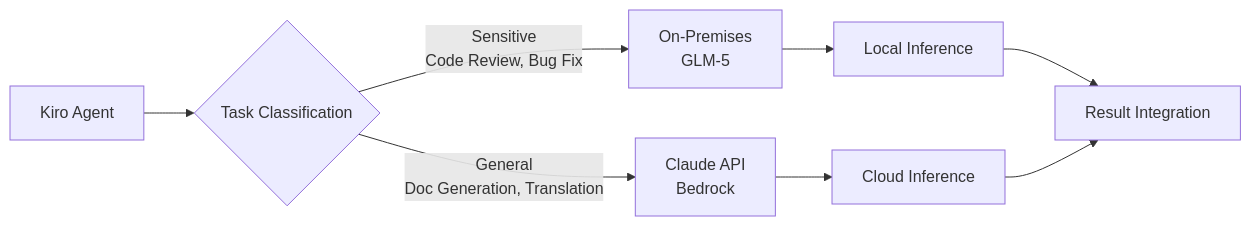
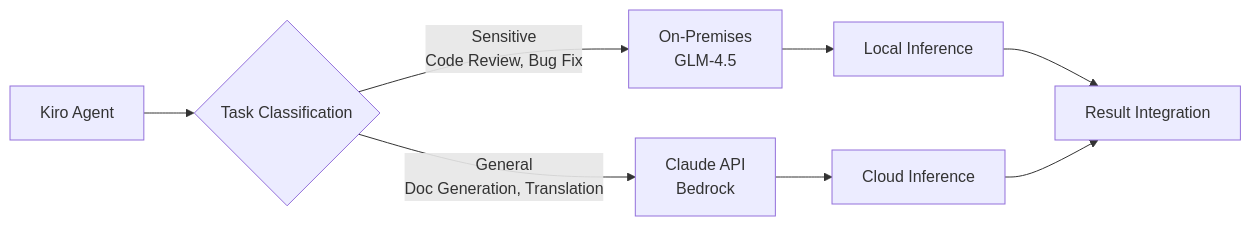
Before and after one commit to devfloor9/engineering-playbook: the third of 4 diagrams in docs/aidlc/toolchain/open-weight-models.md, drawn with Mermaid. The commit also changed other lines of this file and 3 other files, not shown here.

````diff
--- a/docs/aidlc/toolchain/open-weight-models.md
+++ b/docs/aidlc/toolchain/open-weight-models.md
@@ -169,10 +172,10 @@
 ```mermaid
 graph LR
     A[Kiro Agent] --> B{Task Classification}
-    B -->|Sensitive<br/>Code Review, Bug Fix| C[On-Premises<br/>GLM-5]
+    B -->|Sensitive<br/>Code Review, Bug Fix| C[On-Premises<br/>GLM-4.5]
     B -->|General<br/>Doc Generation, Translation| D[Claude API<br/>Bedrock]
     C --> E[Local Inference]
     D --> F[Cloud Inference]
     E --> G[Result Integration]
     F --> G
 ```
````
